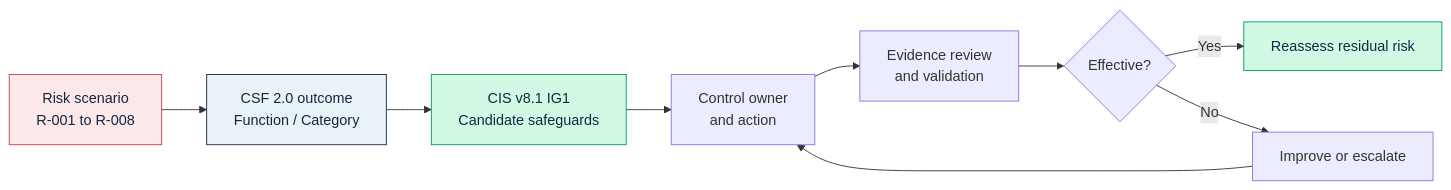
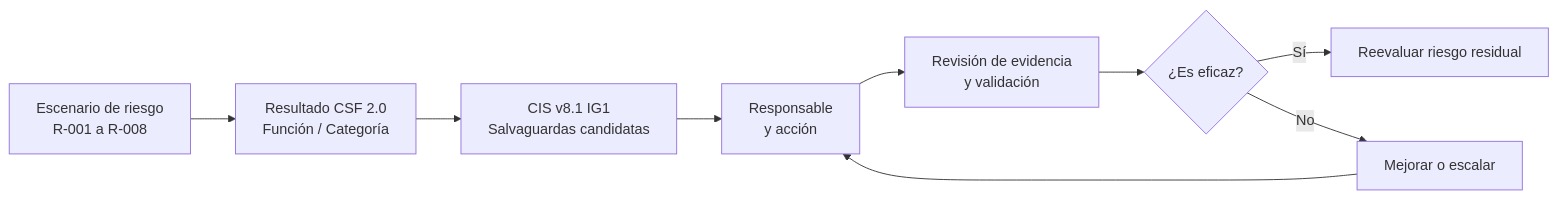
The diagram in Information-Security/Enterprise-Risk-Assessment/controls/control-mapping.md (fefemora/it-portfolio-es), drawn with Mermaid before and after one commit. The commit also changed other lines of this file, not shown here.

Commit message:
docs(es): translate control mapping and executive risk report

````diff
--- a/Information-Security/Enterprise-Risk-Assessment/controls/control-mapping.md
+++ b/Information-Security/Enterprise-Risk-Assessment/controls/control-mapping.md
@@ -39,15 +39,11 @@
 ```mermaid
 flowchart LR
-    A["Risk scenario<br/>R-001 to R-008"] --> B["CSF 2.0 outcome<br/>Function / Category"]
-    B --> C["CIS v8.1 IG1<br/>Candidate safeguards"]
-    C --> D["Control owner<br/>and action"]
-    D --> E["Evidence review<br/>and validation"]
-    E --> F{"Effective?"}
-    F -->|Yes| G["Reassess residual risk"]
-    F -->|No| H["Improve or escalate"]
+    A["Escenario de riesgo<br/>R-001 a R-008"] --> B["Resultado CSF 2.0<br/>Función / Categoría"]
+    B --> C["CIS v8.1 IG1<br/>Salvaguardas candidatas"]
+    C --> D["Responsable<br/>y acción"]
+    D --> E["Revisión de evidencia<br/>y validación"]
+    E --> F{"¿Es eficaz?"}
+    F -->|Sí| G["Reevaluar riesgo residual"]
+    F -->|No| H["Mejorar o escalar"]
     H --> D
-    style A fill:#FCE8EA,stroke:#DC3545,color:#14283F
-    style B fill:#E9F2F6,stroke:#14283F,color:#14283F
-    style C fill:#D1FAE5,stroke:#059669,color:#14283F
-    style G fill:#D1FAE5,stroke:#059669,color:#14283F
 ```
````
